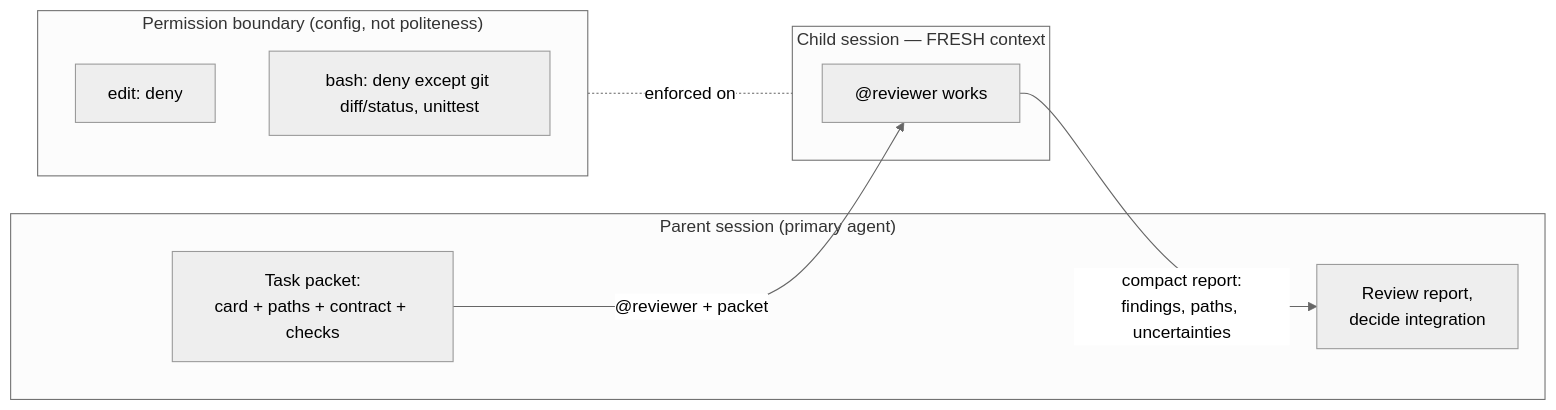
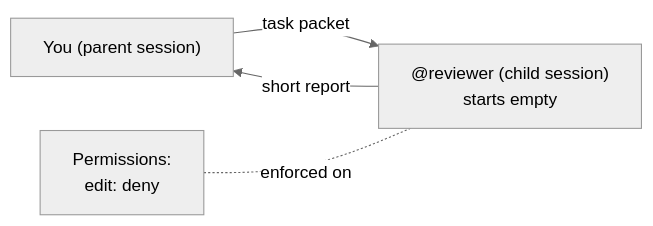
The diagram in student/module-2-agent-crew.md (varoonsahgal/OC-stuff), drawn with Mermaid (neutral theme) before and after one commit. The commit also changed other lines of this file, not shown here.

````diff
--- a/student/module-2-agent-crew.md
+++ b/student/module-2-agent-crew.md
@@ -59,17 +90,6 @@
 ```mermaid
 flowchart LR
-    subgraph Parent["Parent session (primary agent)"]
-        TP["Task packet:<br/>card + paths + contract + checks"]
-        DEC["Review report,<br/>decide integration"]
-    end
-    subgraph Child["Child session — FRESH context"]
-        W["@reviewer works"]
-    end
-    subgraph Perm["Permission boundary (config, not politeness)"]
-        P1["edit: deny"]
-        P2["bash: deny except git diff/status, unittest"]
-    end
-    TP -->|"@reviewer + packet"| W
-    W -->|"compact report:<br/>findings, paths, uncertainties"| DEC
-    Perm -.enforced on.- Child
+    Y["You (parent session)"] -->|"task packet"| C["@reviewer (child session)<br/>starts empty"]
+    C -->|"short report"| Y
+    P["Permissions:<br/>edit: deny"] -.enforced on.- C
 ```
````
